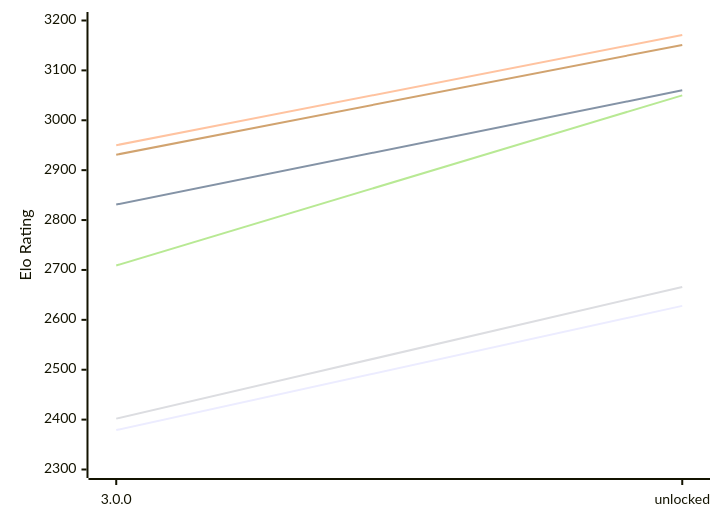
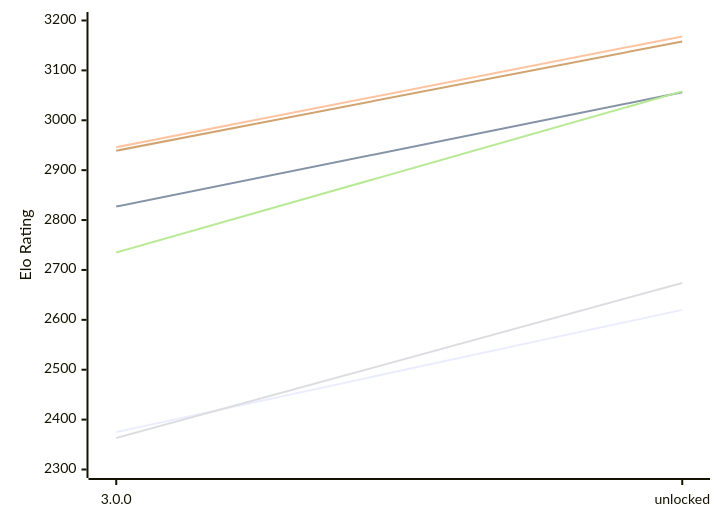
One commit to computer-chess-index/cci changed the first of 2 diagrams in engines/Potential.md. Above: the diagram before and after it, drawn with Mermaid. The commit also changed other lines of this file, not shown here.

Commit message:
Update CCI Ratings (ELO VLTC) - 2026-11-21

````diff
--- a/engines/Potential.md
+++ b/engines/Potential.md
@@ -51,12 +51,12 @@
 ```mermaid
 %%{init: {"theme":"base","themeVariables":{"seriesColors:['#a3a3a3','#222221','#faa371']}}}%%
 xychart-beta
   x-axis ["3.0.0", "unlocked"]
   y-axis "Elo Rating" 2300 --> 3200
-  line "E1: STC (8.0+0.08s)" [2379, 2628]
-  line "E1: LTC (60.0+0.60s)" [2831, 3060]
-  line "E1: VLTC (2m24s+1.12s)" [2950, 3171]
-  line "P1: STC (8.0+0.08s)" [2402, 2666]
-  line "P1: LTC (60.0+0.60s)" [2709, 3050]
-  line "P1: VLTC (2m24s+1.12s)" [2931, 3151]
+  line "E1: STC (8.0+0.08s)" [2375, 2620]
+  line "E1: LTC (60.0+0.60s)" [2827, 3056]
+  line "E1: VLTC (2m24s+1.12s)" [2946, 3168]
+  line "P1: STC (8.0+0.08s)" [2363, 2674]
+  line "P1: LTC (60.0+0.60s)" [2735, 3058]
+  line "P1: VLTC (2m24s+1.12s)" [2939, 3158]
 ```
````
